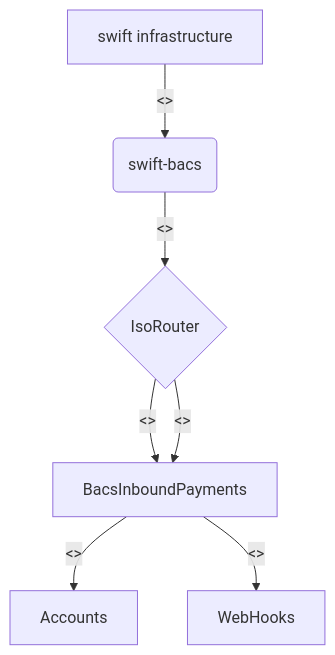
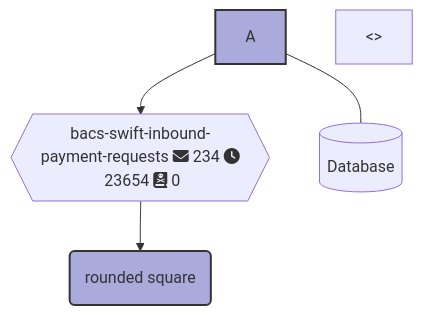
One commit to andrewjpoole/livedocs changed the first of 2 diagrams in ResourceDocumentations/swift.md. Above: the diagram before and after it, drawn with Mermaid.

````diff
--- a/ResourceDocumentations/swift.md
+++ b/ResourceDocumentations/swift.md
@@ -18,9 +18,11 @@
 ```mermaid
-graph TD
-A[swift infrastructure] -->|<<bacs-swift-inbound-payment-requests>>| B(swift-bacs)
-B -->|<<iso-router-inbound-payment-request>>| C{IsoRouter}
-C -->|<<bacs-process-pending-credit-transaction>>| D[BacsInboundPayments]
-C -->|<<bacs-process-pending-debit-transaction>>| D[BacsInboundPayments]
-D -->|<<bacs-outbound-batched-messages>>| E[Accounts]
-D -->|<<swift-send-message-request-queue>>| F[WebHooks]
+graph TD;    
+    A-->B{{bacs-swift-inbound-payment-requests fa:fa-envelope 234 fa:fa-clock 23654 fa:fa-book-dead 0}};
+    B-->C(rounded square);
+    A---db;
+    d[<<hello>>] 
+    db[(Database)]
+    click B "https://portal.azure.com/#@cbinfrastructure.com/resource/subscriptions/0df249d7-9fde-4cd0-a580-9bf84a4406a4/resourceGroups/cbuk-core-testnarwhal-servicebus-uksouth/providers/Microsoft.ServiceBus/namespaces/cbuk-core-testnarwhal-servicebus-uksouth/queues/bacs-swift-inbound-payment-requests/overview" _blank
+    style A fill:#aad,stroke:#333,stroke-width:2px
+    style C fill:#aad,stroke:#333,stroke-width:2px
 ```
````
